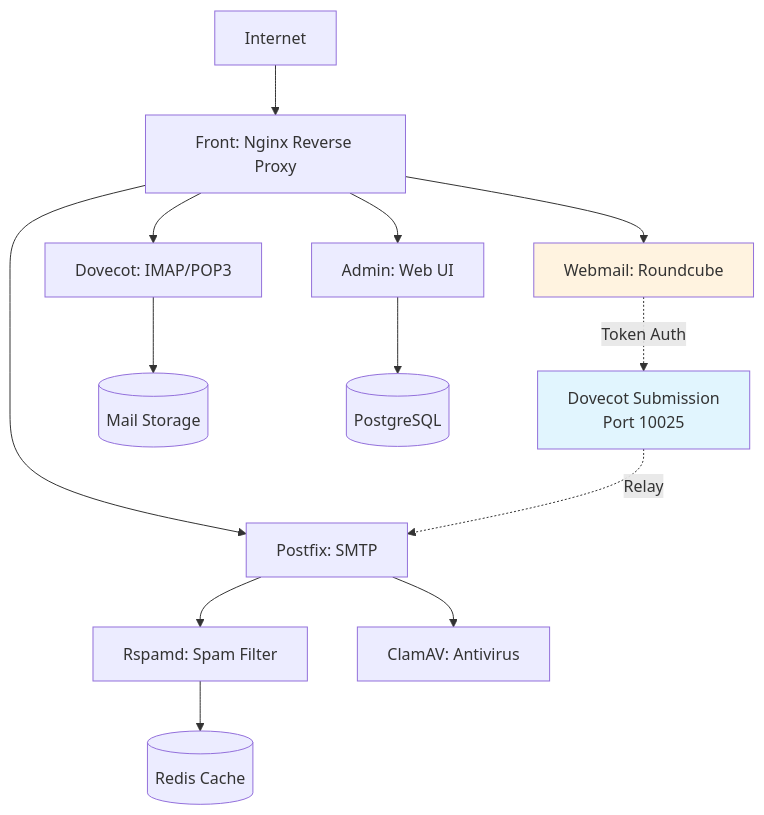
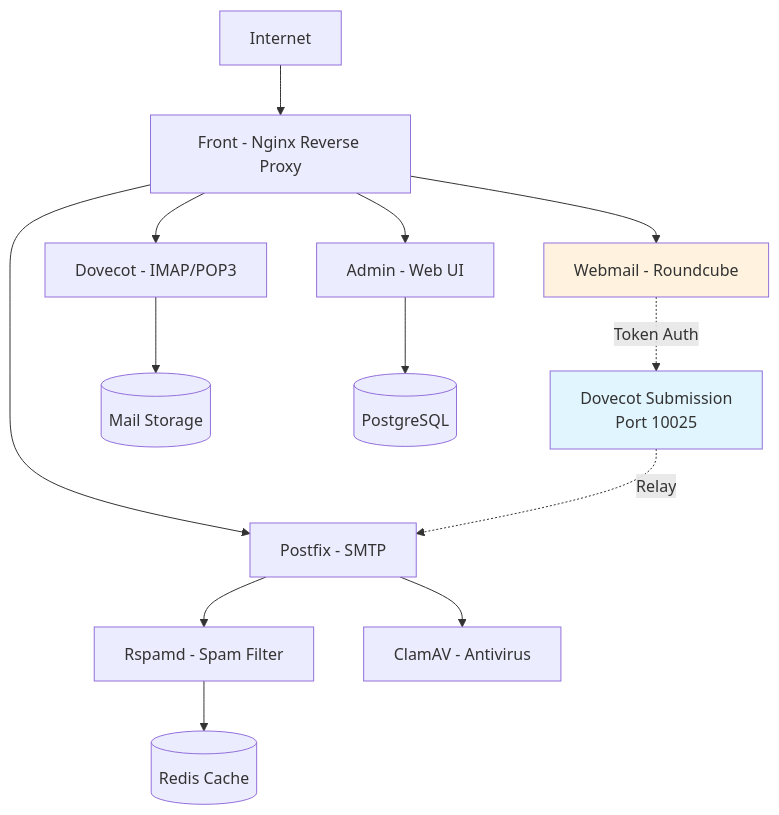
One commit to bluedynamics/cdk8s-mailu changed the diagram in documentation/sources/explanation/architecture.md. Above: the diagram before and after it, drawn with Mermaid.

Commit message:
fix: Replace colons with dashes in Mermaid diagram labels
Change from 'Front: Nginx' to 'Front - Nginx' format to avoid
parsing issues with colons in Mermaid renderers. Dashes are more
universally supported and prevent empty box rendering.

````diff
--- a/documentation/sources/explanation/architecture.md
+++ b/documentation/sources/explanation/architecture.md
@@ -13,20 +13,20 @@
 ```mermaid
 graph TB
-    Internet[Internet] --> Front["Front: Nginx Reverse Proxy"]
-    Front --> Postfix["Postfix: SMTP"]
-    Front --> Dovecot["Dovecot: IMAP/POP3"]
-    Front --> Admin["Admin: Web UI"]
-    Front --> Webmail["Webmail: Roundcube"]
+    Internet[Internet] --> Front[Front - Nginx Reverse Proxy]
+    Front --> Postfix[Postfix - SMTP]
+    Front --> Dovecot[Dovecot - IMAP/POP3]
+    Front --> Admin[Admin - Web UI]
+    Front --> Webmail[Webmail - Roundcube]
 
-    Webmail -.Token Auth.-> DovecotSub["Dovecot Submission<br/>Port 10025"]
+    Webmail -.Token Auth.-> DovecotSub[Dovecot Submission<br/>Port 10025]
     DovecotSub -.Relay.-> Postfix
 
-    Postfix --> Rspamd["Rspamd: Spam Filter"]
-    Postfix --> ClamAV["ClamAV: Antivirus"]
-    Dovecot --> Data[("Mail Storage")]
-    Admin --> Database[("PostgreSQL")]
-    Rspamd --> Redis[("Redis Cache")]
+    Postfix --> Rspamd[Rspamd - Spam Filter]
+    Postfix --> ClamAV[ClamAV - Antivirus]
+    Dovecot --> Data[(Mail Storage)]
+    Admin --> Database[(PostgreSQL)]
+    Rspamd --> Redis[(Redis Cache)]
 
     style DovecotSub fill:#e1f5fe
     style Webmail fill:#fff3e0
 ```
````
